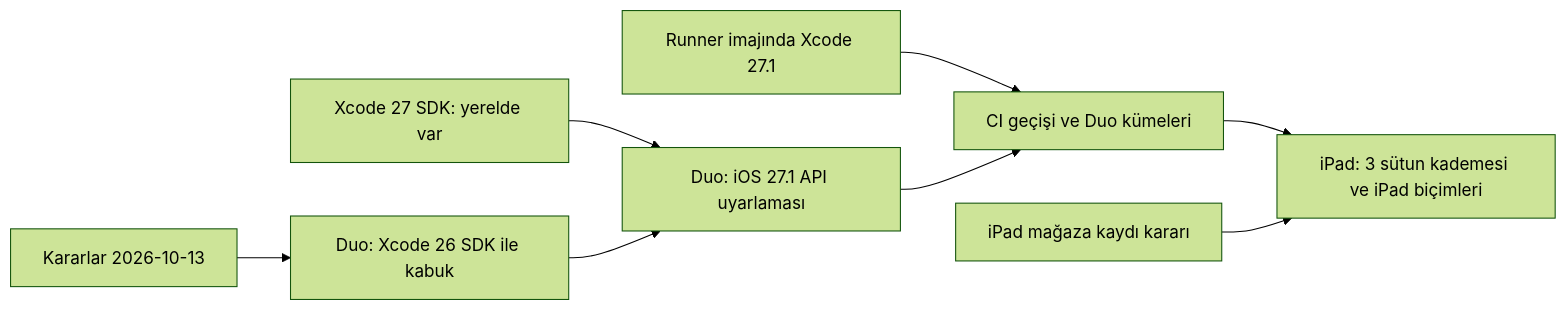
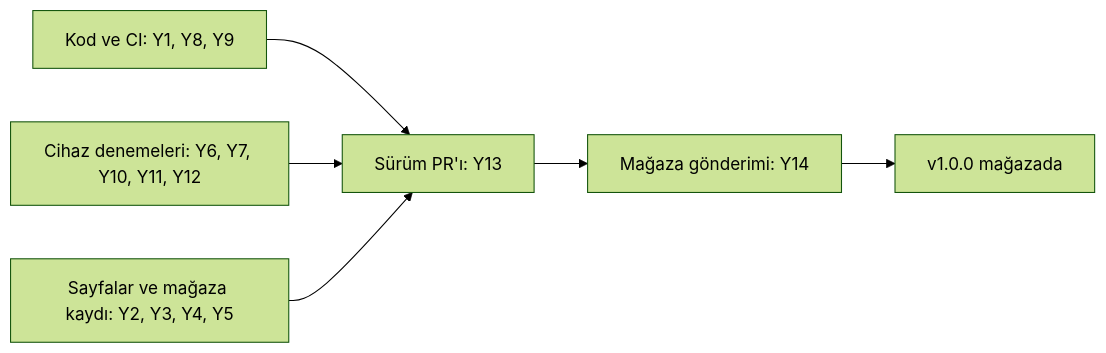
The third of 3 diagrams in docs/roadmap.md (dogancanyildiz/kenet), drawn with Mermaid (forest theme) before and after one commit. The commit also changed other lines of this file and 51 other files, not shown here.

````diff
--- a/docs/roadmap.md
+++ b/docs/roadmap.md
@@ -218,10 +66,8 @@
 ```mermaid
 flowchart LR
-    K["Kararlar 2026-10-13"] --> D0["Duo: Xcode 26 SDK ile kabuk"]
-    X["Xcode 27 SDK: yerelde var"] --> D1["Duo: iOS 27.1 API uyarlaması"]
-    R["Runner imajında Xcode 27.1"] --> D2["CI geçişi ve Duo kümeleri"]
-    D0 --> D1
-    D1 --> D2
-    D2 --> IP["iPad: 3 sütun kademesi ve iPad biçimleri"]
-    M["iPad mağaza kaydı kararı"] --> IP
+    K["Kod ve CI: Y1, Y8, Y9"] --> P["Sürüm PR'ı: Y13"]
+    C["Cihaz denemeleri: Y6, Y7, Y10, Y11, Y12"] --> P
+    S["Sayfalar ve mağaza kaydı: Y2, Y3, Y4, Y5"] --> P
+    P --> G["Mağaza gönderimi: Y14"]
+    G --> V["v1.0.0 mağazada"]
 ```
````
